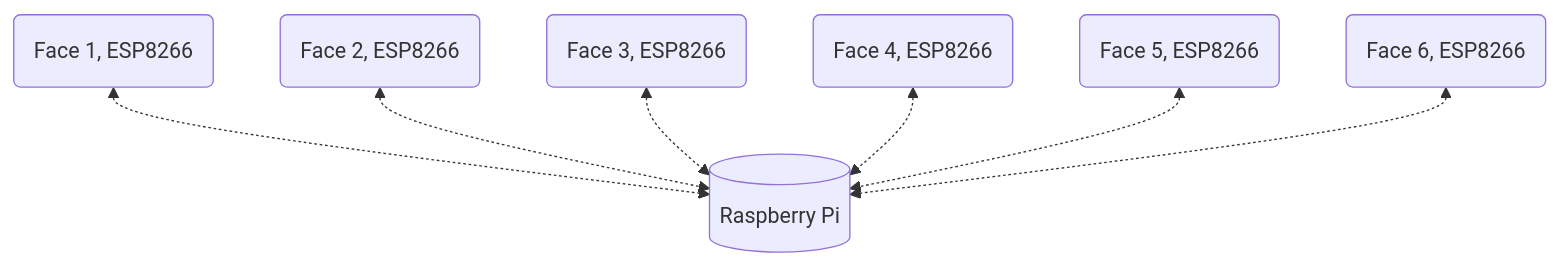
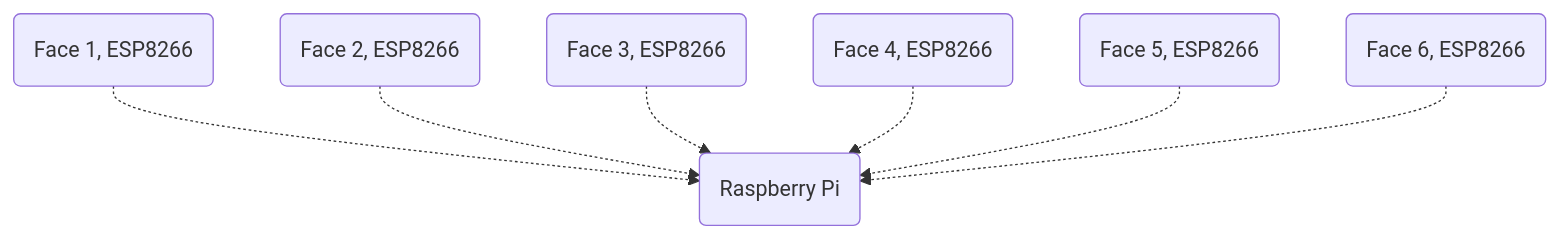
The diagram in Documentation/Spécification_communication_faces_socle.md (Puzzlebox-IMT/Puzzlebox), drawn with Mermaid before and after one commit.

````diff
--- a/Documentation/Spécification_communication_faces_socle.md
+++ b/Documentation/Spécification_communication_faces_socle.md
@@ -13,10 +13,10 @@
 ```mermaid
-flowchart TB
-    A[(Raspberry Pi)]
-    B(Face 1, ESP8266)<-.->A
-    C(Face 2, ESP8266)<-.->A
-    D(Face 3, ESP8266)<-.->A
-    E(Face 4, ESP8266)<-.->A
-    F(Face 5, ESP8266)<-.->A
-    G(Face 6, ESP8266)<-.->A
+graph TB
+    A(Raspberry Pi)
+    B(Face 1, ESP8266)-.->A
+    C(Face 2, ESP8266)-.->A
+    D(Face 3, ESP8266)-.->A
+    E(Face 4, ESP8266)-.->A
+    F(Face 5, ESP8266)-.->A
+    G(Face 6, ESP8266)-.->A
 ```
````
